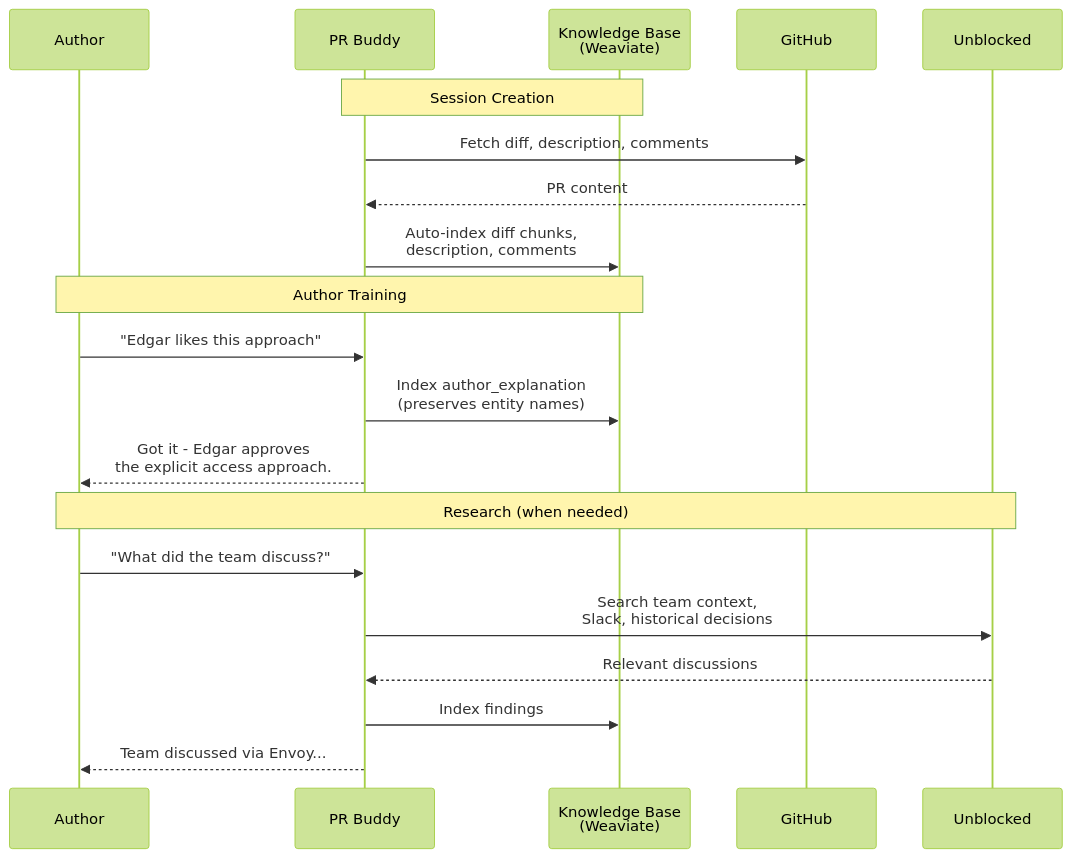
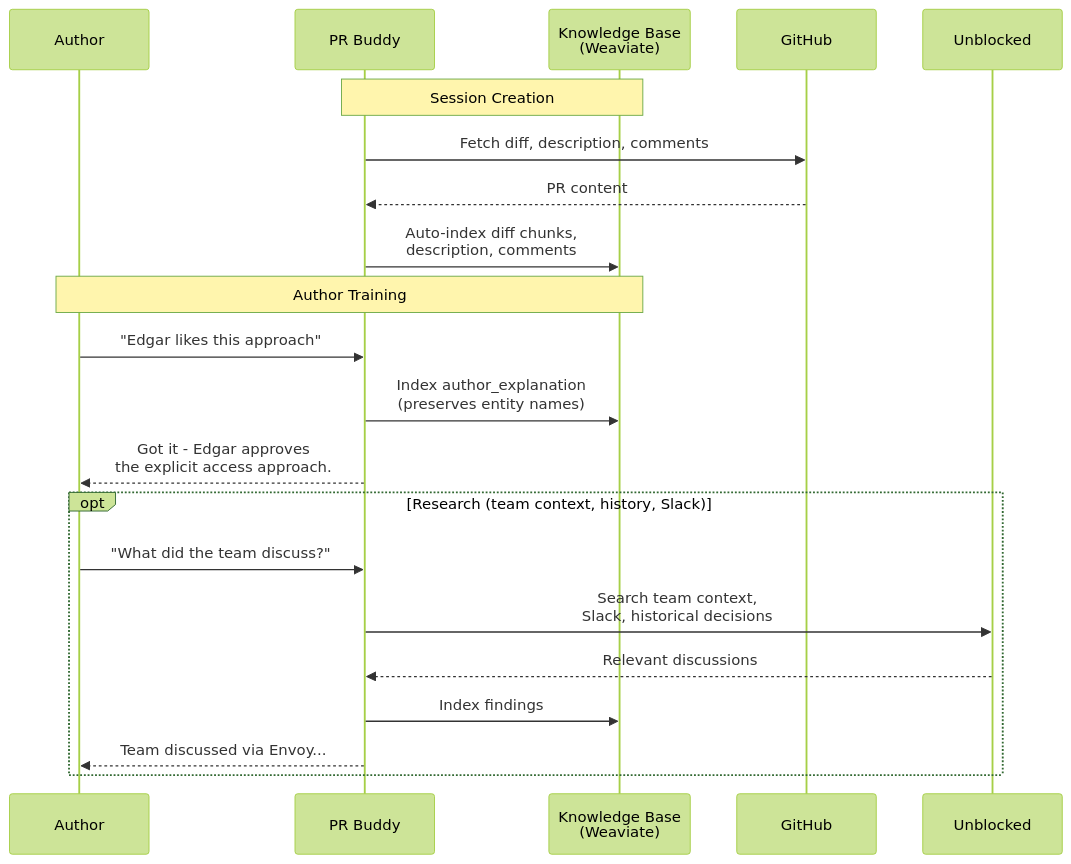
Before and after one commit to gametimesf/prbuddy: the first of 3 diagrams in README.md, drawn with Mermaid (forest theme). The commit also changed other lines of this file, not shown here.

Commit message:
docs: show research as opt path in both author and reviewer flows
Research via Unblocked is more applicable in the reviewer phase (team
context, historical decisions, Slack threads). Updated Mermaid sequence
diagrams to show research as optional paths in both flows.

````diff
--- a/README.md
+++ b/README.md
@@ -7,25 +7,26 @@
 ```mermaid
 sequenceDiagram
     participant Author
     participant PRBuddy as PR Buddy
     participant Weaviate as Knowledge Base<br/>(Weaviate)
     participant GitHub
     participant Unblocked
 
     Note over PRBuddy,Weaviate: Session Creation
     PRBuddy->>GitHub: Fetch diff, description, comments
     GitHub-->>PRBuddy: PR content
     PRBuddy->>Weaviate: Auto-index diff chunks,<br/>description, comments
 
     Note over Author,Weaviate: Author Training
     Author->>PRBuddy: "Edgar likes this approach"
     PRBuddy->>Weaviate: Index author_explanation<br/>(preserves entity names)
     PRBuddy-->>Author: Got it - Edgar approves<br/>the explicit access approach.
 
-    Note over Author,Unblocked: Research (when needed)
-    Author->>PRBuddy: "What did the team discuss?"
-    PRBuddy->>Unblocked: Search team context,<br/>Slack, historical decisions
-    Unblocked-->>PRBuddy: Relevant discussions
-    PRBuddy->>Weaviate: Index findings
-    PRBuddy-->>Author: Team discussed via Envoy...
+    opt Research (team context, history, Slack)
+        Author->>PRBuddy: "What did the team discuss?"
+        PRBuddy->>Unblocked: Search team context,<br/>Slack, historical decisions
+        Unblocked-->>PRBuddy: Relevant discussions
+        PRBuddy->>Weaviate: Index findings
+        PRBuddy-->>Author: Team discussed via Envoy...
+    end
 ```
````
